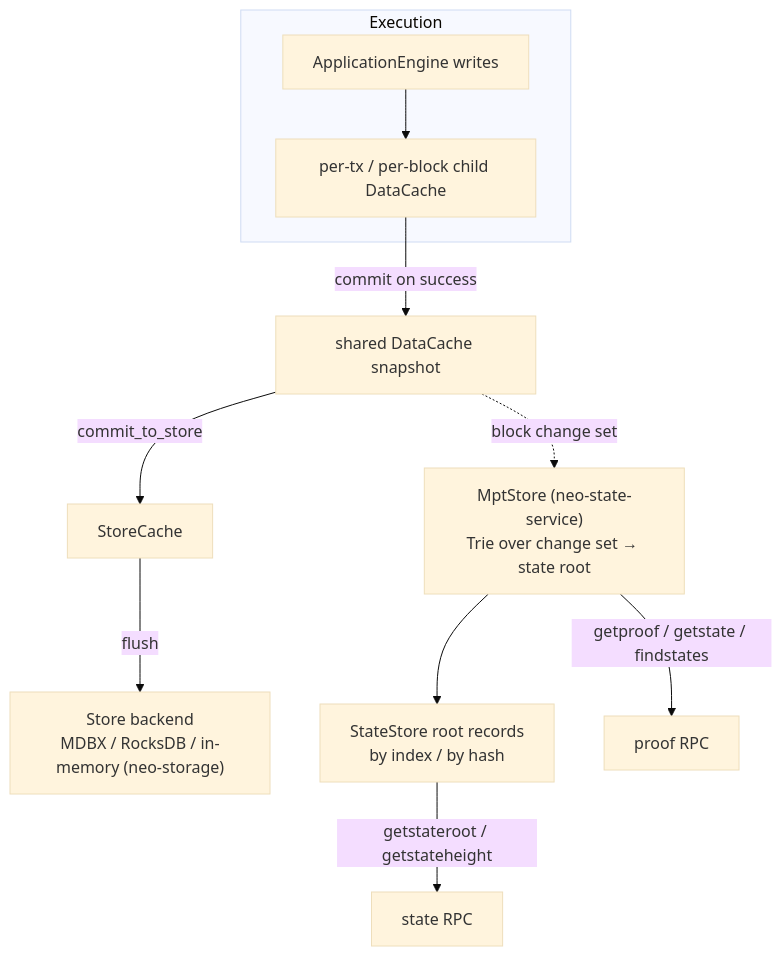
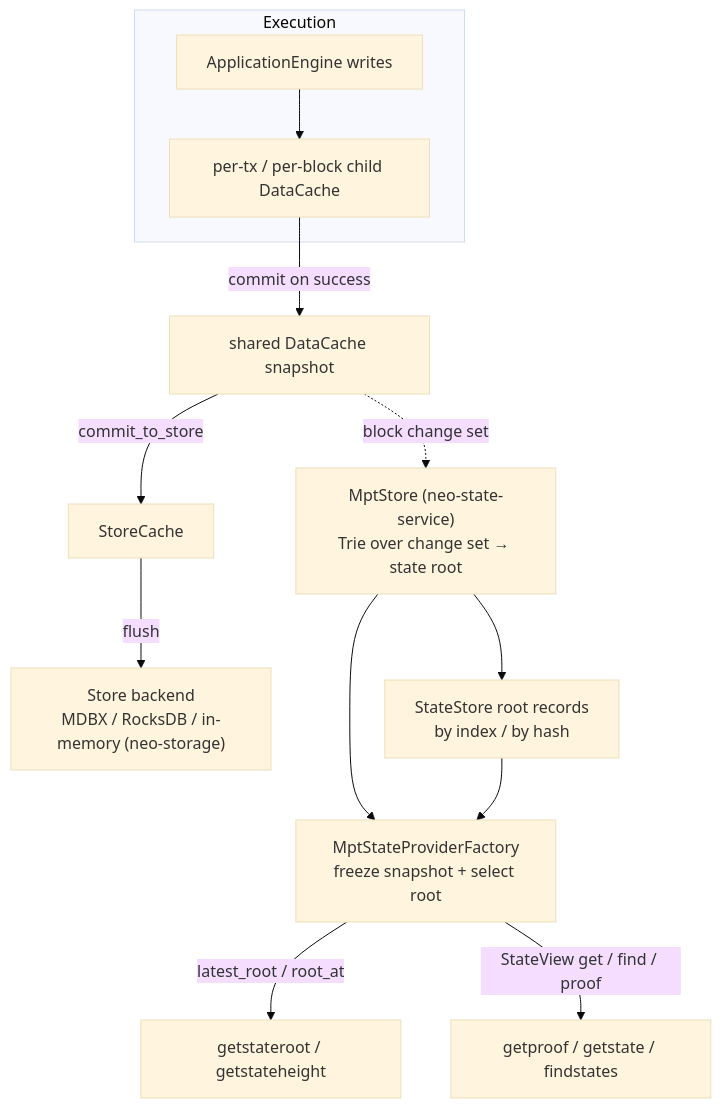
The seventh of 7 diagrams in docs/dataflow.md (r3e-network/neo-rs), drawn with Mermaid (base theme) before and after one commit. The commit also changed other lines of this file and 20 other files, not shown here.

````diff
--- a/docs/dataflow.md
+++ b/docs/dataflow.md
@@ -345,14 +345,16 @@
 ```mermaid
 flowchart TD
     subgraph Execution
         AE["ApplicationEngine writes"] --> Child["per-tx / per-block child DataCache"]
     end
     Child -->|commit on success| Snap["shared DataCache snapshot"]
     Snap -->|commit_to_store| SC["StoreCache"]
     SC -->|flush| Store["Store backend<br/>MDBX / RocksDB / in-memory (neo-storage)"]
 
     Snap -.->|block change set| MPT["MptStore (neo-state-service)<br/>Trie over change set → state root"]
     MPT --> SS["StateStore root records<br/>by index / by hash"]
-    SS -->|getstateroot / getstateheight| RPC1["state RPC"]
-    MPT -->|getproof / getstate / findstates| RPC2["proof RPC"]
+    MPT --> SPF["MptStateProviderFactory<br/>freeze snapshot + select root"]
+    SS --> SPF
+    SPF -->|latest_root / root_at| RPC1["getstateroot / getstateheight"]
+    SPF -->|StateView get / find / proof| RPC2["getproof / getstate / findstates"]
 ```
````
